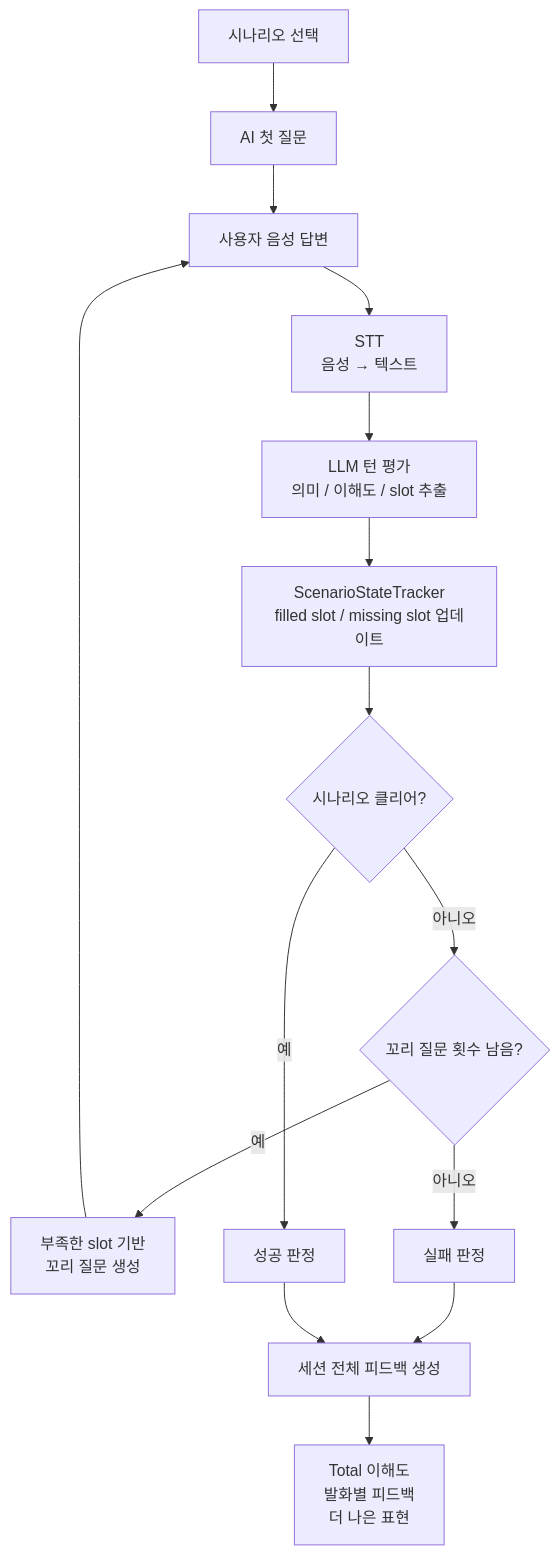
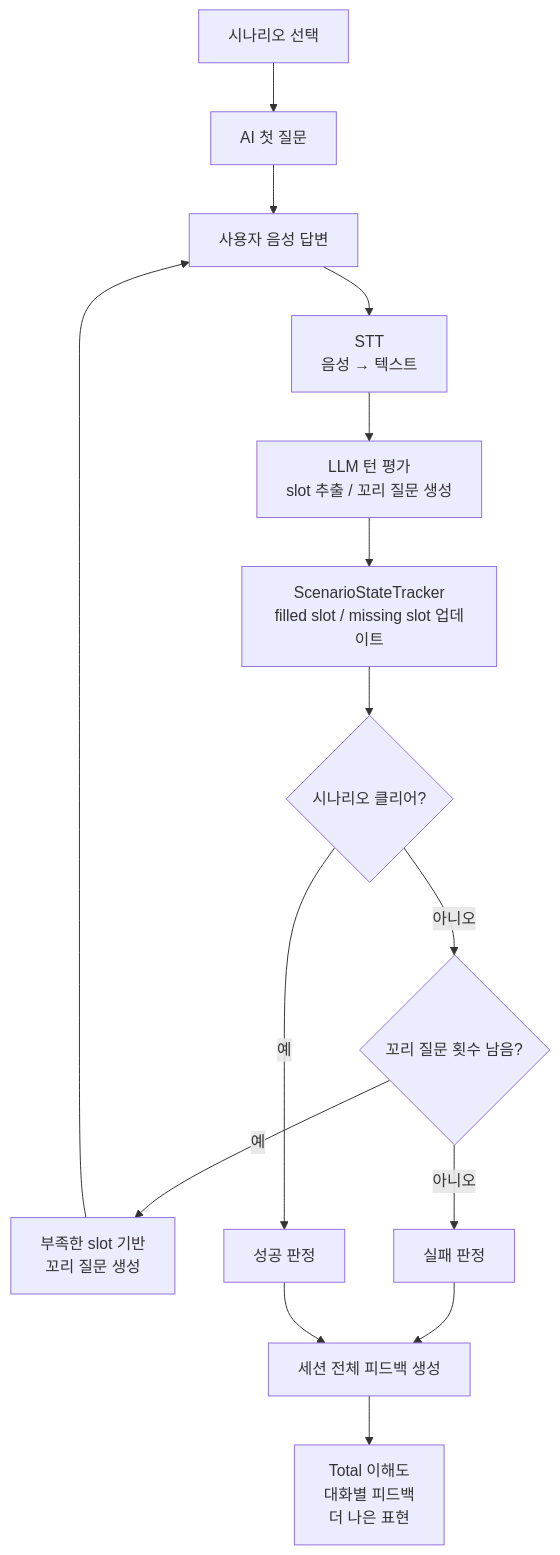
The diagram in docs/superpowers/specs/2026-05-06-mvp-ai-workflow-design.md (pp8817/saynow-ai-demo), drawn with Mermaid before and after one commit. The commit also changed other lines of this file and 15 other files, not shown here.

Commit message:
feat: 최종 이해도 피드백 흐름으로 변경

````diff
--- a/docs/superpowers/specs/2026-05-06-mvp-ai-workflow-design.md
+++ b/docs/superpowers/specs/2026-05-06-mvp-ai-workflow-design.md
@@ -87,17 +87,17 @@
 ```mermaid
 flowchart TD
     A["시나리오 선택"] --> B["AI 첫 질문"]
     B --> C["사용자 음성 답변"]
     C --> D["STT<br/>음성 → 텍스트"]
-    D --> E["LLM 턴 평가<br/>의미 / 이해도 / slot 추출"]
+    D --> E["LLM 턴 평가<br/>slot 추출 / 꼬리 질문 생성"]
     E --> F["ScenarioStateTracker<br/>filled slot / missing slot 업데이트"]
     F --> G{"시나리오 클리어?"}
     G -- "아니오" --> H{"꼬리 질문 횟수 남음?"}
     H -- "예" --> I["부족한 slot 기반<br/>꼬리 질문 생성"]
     I --> C
     H -- "아니오" --> J["실패 판정"]
     G -- "예" --> K["성공 판정"]
     J --> L["세션 전체 피드백 생성"]
     K --> L
-    L --> M["Total 이해도<br/>발화별 피드백<br/>더 나은 표현"]
+    L --> M["Total 이해도<br/>대화별 피드백<br/>더 나은 표현"]
 ```
````
